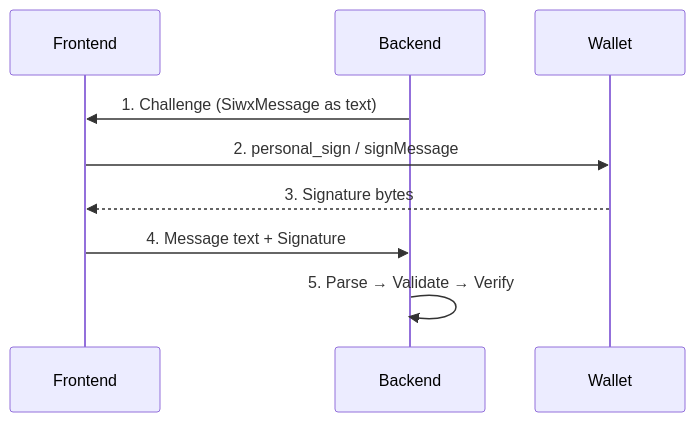
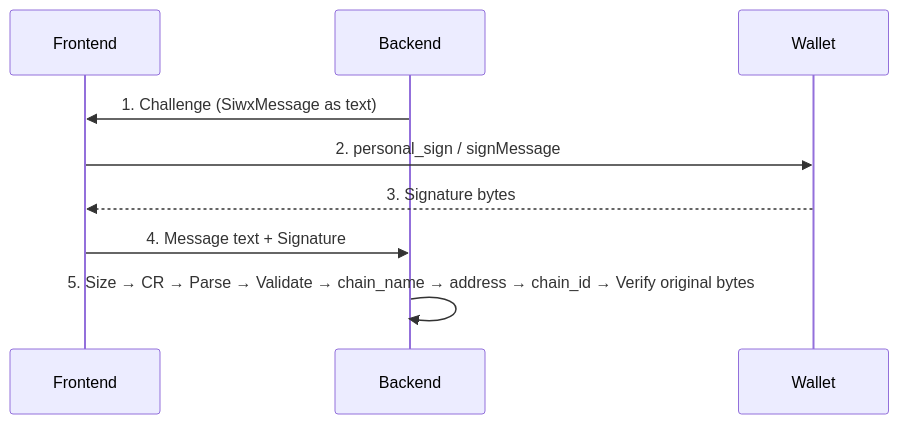
Before and after one commit to qntx/siwx: the diagram in README.md, drawn with Mermaid. The commit also changed other lines of this file and 51 other files, not shown here.

````diff
--- a/README.md
+++ b/README.md
@@ -185,12 +229,12 @@
 ```mermaid
 sequenceDiagram
     participant Frontend
     participant Backend
     participant Wallet
 
     Backend->>Frontend: 1. Challenge (SiwxMessage as text)
     Frontend->>Wallet: 2. personal_sign / signMessage
     Wallet-->>Frontend: 3. Signature bytes
     Frontend->>Backend: 4. Message text + Signature
-    Backend->>Backend: 5. Parse → Validate → Verify
+    Backend->>Backend: 5. Size → CR → Parse → Validate → chain_name → address → chain_id → Verify original bytes
 ```
````
